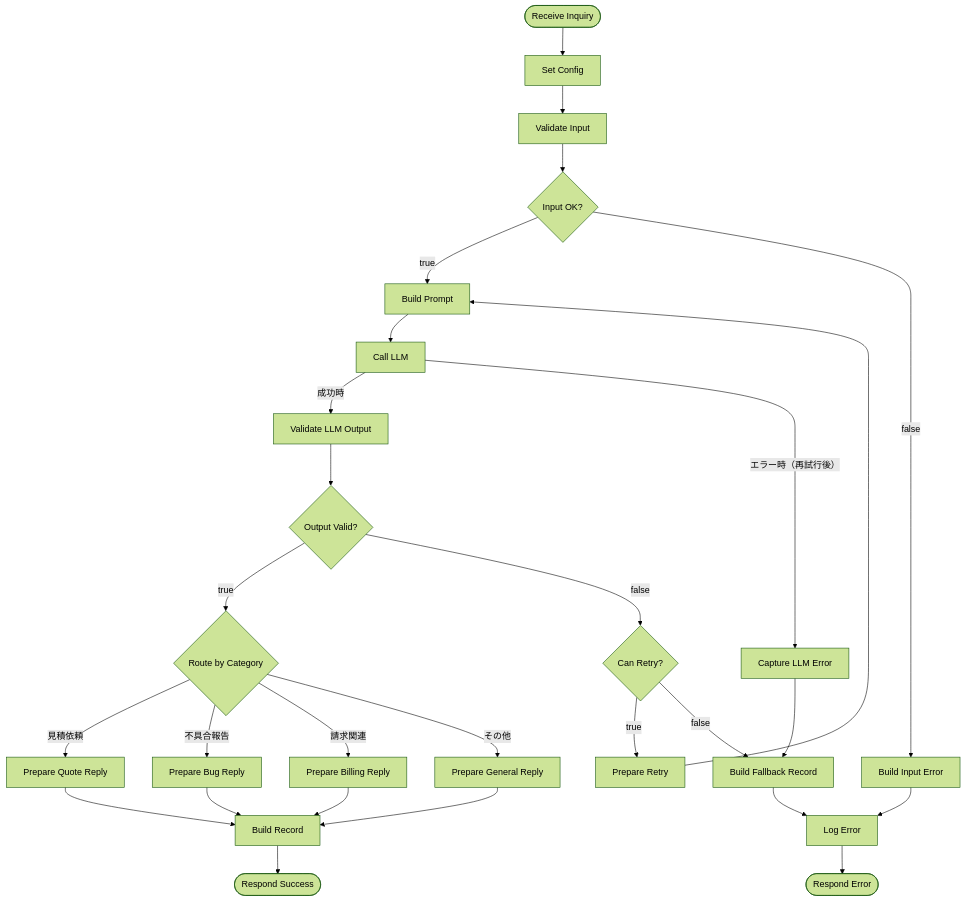
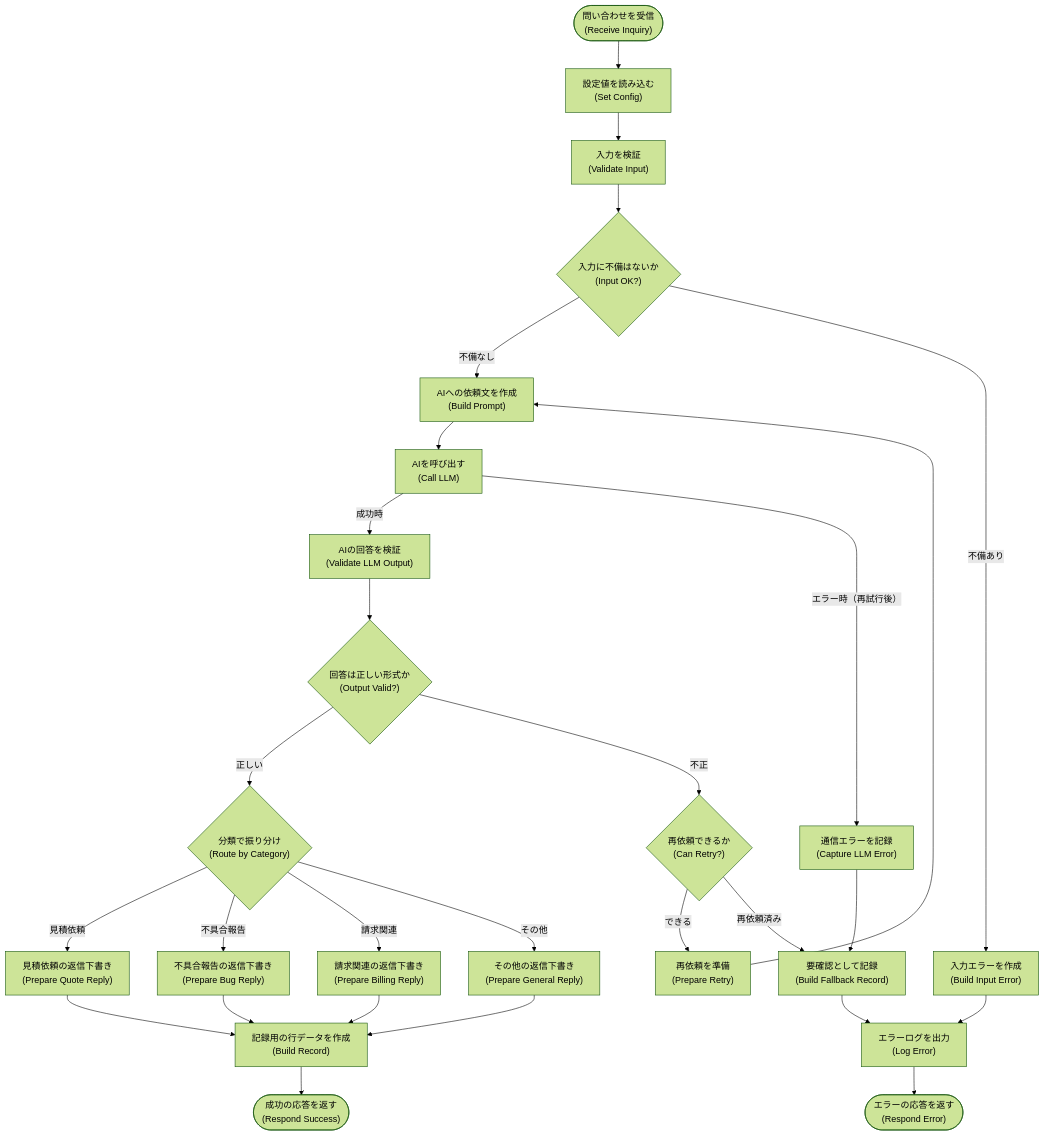
The diagram in docs/03_フロー設計.md (takato-y/n8n-ai-mail-triage), drawn with Mermaid (forest theme) before and after one commit. The commit also changed other lines of this file and 1 other file, not shown here.

Commit message:
docs: フロー設計書の全体図を日本語併記に変更

````diff
--- a/docs/03_フロー設計.md
+++ b/docs/03_フロー設計.md
@@ -36,22 +39,22 @@
 ```mermaid
 flowchart TD
-    n1(["Receive Inquiry"]) --> n2["Set Config"] --> n3["Validate Input"] --> n4{"Input OK?"}
-    n4 -->|"true"| n5["Build Prompt"]
-    n4 -->|"false"| n6["Build Input Error"]
-    n5 --> n7["Call LLM"]
-    n7 -->|"成功時"| n9["Validate LLM Output"]
-    n7 -->|"エラー時（再試行後）"| n10["Capture LLM Error"]
-    n9 --> n12{"Output Valid?"}
-    n12 -->|"true"| n14{"Route by Category"}
-    n12 -->|"false"| n15{"Can Retry?"}
-    n15 -->|"true"| n20["Prepare Retry"] --> n5
-    n15 -->|"false"| n13["Build Fallback Record"]
-    n14 -->|"見積依頼"| n16["Prepare Quote Reply"]
-    n14 -->|"不具合報告"| n17["Prepare Bug Reply"]
-    n14 -->|"請求関連"| n18["Prepare Billing Reply"]
-    n14 -->|"その他"| n19["Prepare General Reply"]
-    n16 & n17 & n18 & n19 --> n21["Build Record"] --> n22(["Respond Success"])
-    n6 --> n8["Log Error"]
+    n1(["問い合わせを受信<br/>(Receive Inquiry)"]) --> n2["設定値を読み込む<br/>(Set Config)"] --> n3["入力を検証<br/>(Validate Input)"] --> n4{"入力に不備はないか<br/>(Input OK?)"}
+    n4 -->|"不備なし"| n5["AIへの依頼文を作成<br/>(Build Prompt)"]
+    n4 -->|"不備あり"| n6["入力エラーを作成<br/>(Build Input Error)"]
+    n5 --> n7["AIを呼び出す<br/>(Call LLM)"]
+    n7 -->|"成功時"| n9["AIの回答を検証<br/>(Validate LLM Output)"]
+    n7 -->|"エラー時（再試行後）"| n10["通信エラーを記録<br/>(Capture LLM Error)"]
+    n9 --> n12{"回答は正しい形式か<br/>(Output Valid?)"}
+    n12 -->|"正しい"| n14{"分類で振り分け<br/>(Route by Category)"}
+    n12 -->|"不正"| n15{"再依頼できるか<br/>(Can Retry?)"}
+    n15 -->|"できる"| n20["再依頼を準備<br/>(Prepare Retry)"] --> n5
+    n15 -->|"再依頼済み"| n13["要確認として記録<br/>(Build Fallback Record)"]
+    n14 -->|"見積依頼"| n16["見積依頼の返信下書き<br/>(Prepare Quote Reply)"]
+    n14 -->|"不具合報告"| n17["不具合報告の返信下書き<br/>(Prepare Bug Reply)"]
+    n14 -->|"請求関連"| n18["請求関連の返信下書き<br/>(Prepare Billing Reply)"]
+    n14 -->|"その他"| n19["その他の返信下書き<br/>(Prepare General Reply)"]
+    n16 & n17 & n18 & n19 --> n21["記録用の行データを作成<br/>(Build Record)"] --> n22(["成功の応答を返す<br/>(Respond Success)"])
+    n6 --> n8["エラーログを出力<br/>(Log Error)"]
     n10 --> n13
-    n13 --> n8 --> n11(["Respond Error"])
+    n13 --> n8 --> n11(["エラーの応答を返す<br/>(Respond Error)"])
 ```
````
